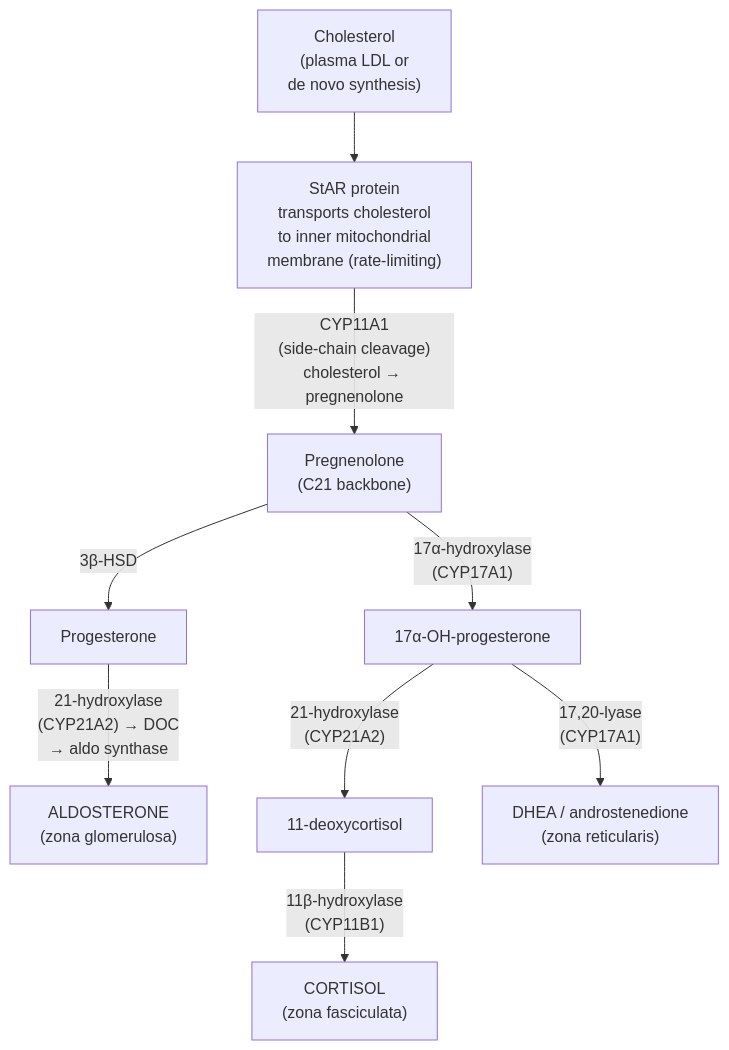
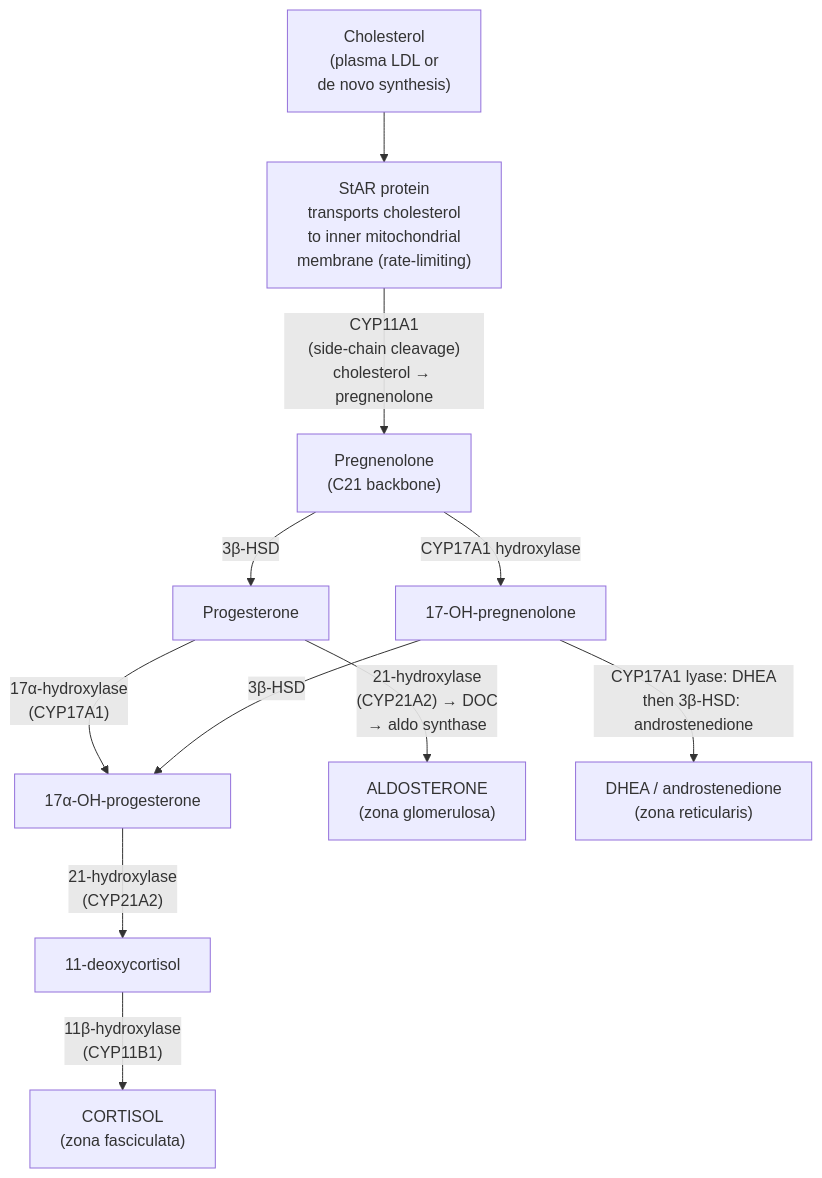
One commit to docxology/biology_textbook changed the second of 6 diagrams in docs/manuscript/unit_IX/endocrine_signaling.md. Above: the diagram before and after it, drawn with Mermaid. The commit also changed other lines of this file and 444 other files, not shown here.

````diff
--- a/docs/manuscript/unit_IX/endocrine_signaling.md
+++ b/docs/manuscript/unit_IX/endocrine_signaling.md
@@ -184,21 +184,23 @@
 ```mermaid
 flowchart TD
     Chol["Cholesterol<br/>(plasma LDL or<br/>de novo synthesis)"]
     StAR["StAR protein<br/>transports cholesterol<br/>to inner mitochondrial<br/>membrane (rate-limiting)"]
     Preg["Pregnenolone<br/>(C21 backbone)"]
     Prog["Progesterone"]
     OHProg["17α-OH-progesterone"]
     DOC["11-deoxycortisol"]
     Cort["CORTISOL<br/>(zona fasciculata)"]
     Aldo["ALDOSTERONE<br/>(zona glomerulosa)"]
     Andr["DHEA / androstenedione<br/>(zona reticularis)"]
 
     Chol --> StAR
     StAR -->|"CYP11A1<br/>(side-chain cleavage)<br/>cholesterol → pregnenolone"| Preg
     Preg -->|"3β-HSD"| Prog
-    Preg -->|"17α-hydroxylase<br/>(CYP17A1)"| OHProg
+    Prog -->|"17α-hydroxylase<br/>(CYP17A1)"| OHProg
+    Preg -->|"CYP17A1 hydroxylase"| OHPreg["17-OH-pregnenolone"]
+    OHPreg -->|"3β-HSD"| OHProg
     Prog -->|"21-hydroxylase<br/>(CYP21A2) → DOC<br/>→ aldo synthase"| Aldo
     OHProg -->|"21-hydroxylase<br/>(CYP21A2)"| DOC
     DOC -->|"11β-hydroxylase<br/>(CYP11B1)"| Cort
-    OHProg -->|"17,20-lyase<br/>(CYP17A1)"| Andr
+    OHPreg -->|"CYP17A1 lyase: DHEA<br/>then 3β-HSD: androstenedione"| Andr
 ```
````
